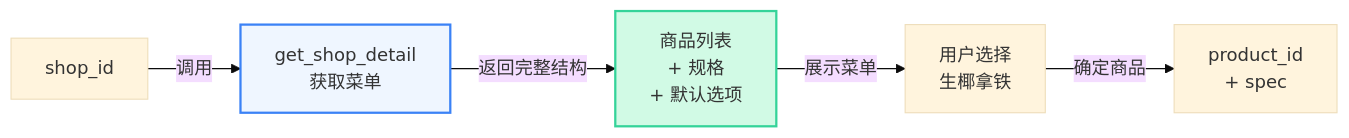
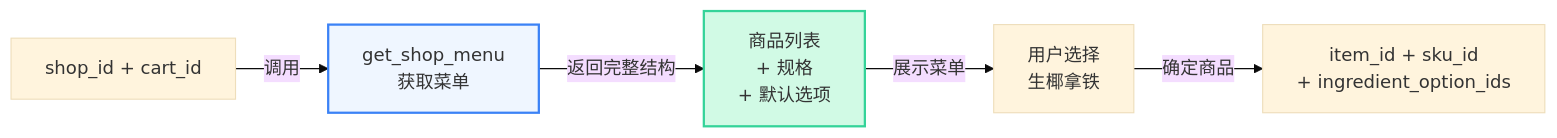
Before and after one commit to clawdot/docs: the second of 3 diagrams in super-agent/food-delivery.mdx, drawn with Mermaid (base theme). The commit also changed other lines of this file and 20 other files, not shown here.

````diff
--- a/super-agent/food-delivery.mdx
+++ b/super-agent/food-delivery.mdx
@@ -182,10 +201,10 @@
 ```mermaid
 graph LR
-  A["shop_id"] -->|调用| B["get_shop_detail<br/>获取菜单"]
+  A["shop_id + cart_id"] -->|调用| B["get_shop_menu<br/>获取菜单"]
   B -->|返回完整结构| C["商品列表<br/>+ 规格<br/>+ 默认选项"]
   C -->|展示菜单| D["用户选择<br/>生椰拿铁"]
-  D -->|确定商品| E["product_id<br/>+ spec"]
+  D -->|确定商品| E["item_id + sku_id<br/>+ ingredient_option_ids"]
 
   style B fill:#EFF6FF,stroke:#3B82F6,stroke-width:2px
   style C fill:#D1FAE5,stroke:#34D399,stroke-width:2px
 ```
````
